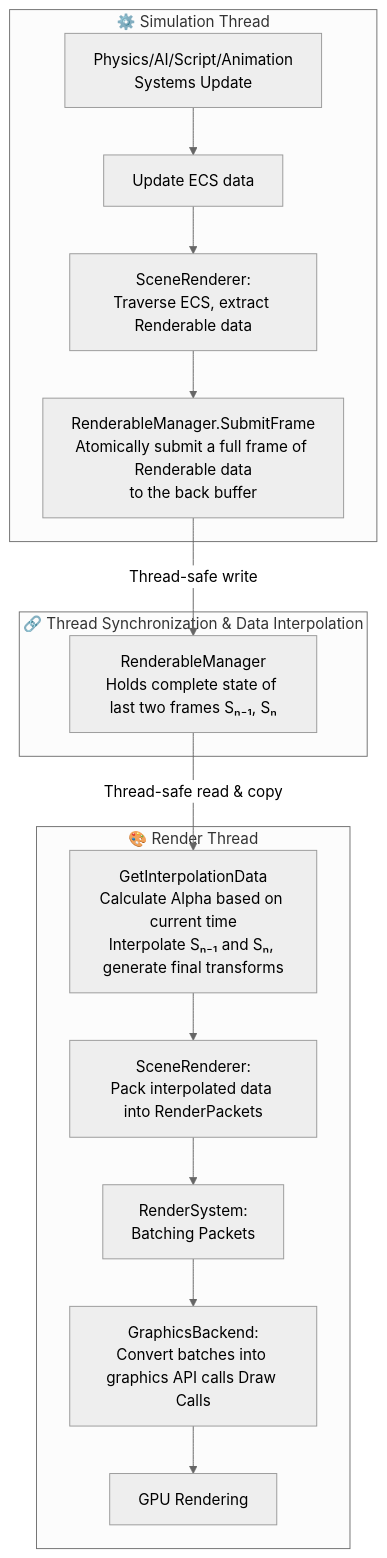
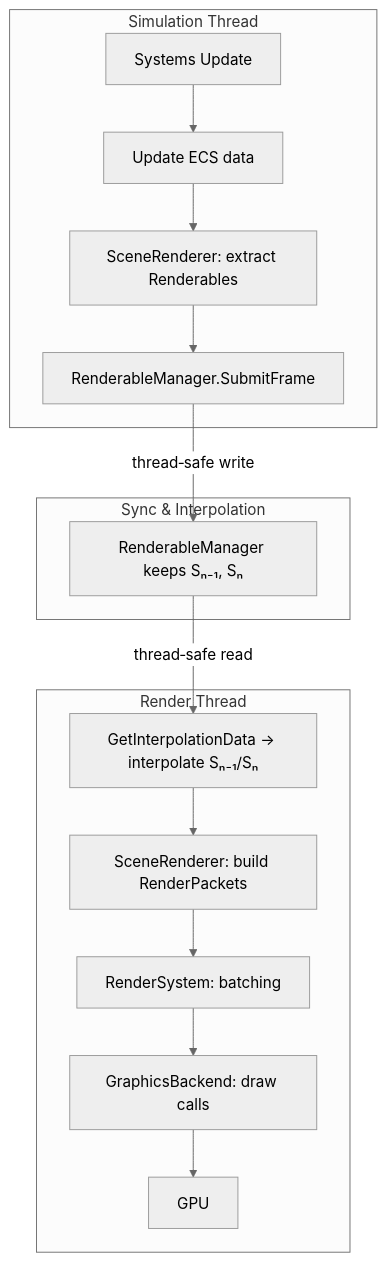
One commit to NGLSG/Luma changed the seventh of 11 diagrams in ARCHITECTURE_EN.md. Above: the diagram before and after it, drawn with Mermaid (neutral theme). The commit also changed other lines of this file and 27 other files, not shown here.

````diff
--- a/ARCHITECTURE_EN.md
+++ b/ARCHITECTURE_EN.md
@@ -191,23 +172,23 @@
 ```mermaid
 graph TD
-subgraph "⚙️ Simulation Thread"
-Sim_A[Physics/AI/Script/Animation<br/>Systems Update] --> Sim_B[Update ECS data];
-Sim_B --> Sim_C["SceneRenderer:<br/>Traverse ECS, extract Renderable data"];
-Sim_C --> Sim_D[RenderableManager.SubmitFrame<br/>Atomically submit a full frame of Renderable data<br/>to the back buffer];
+subgraph "Simulation Thread"
+Sim_A[Systems Update] --> Sim_B[Update ECS data]
+Sim_B --> Sim_C["SceneRenderer: extract Renderables"]
+Sim_C --> Sim_D["RenderableManager.SubmitFrame"]
 end
 
-subgraph "🔗 Thread Synchronization & Data Interpolation"
-SyncPoint[RenderableManager<br/>Holds complete state of last two frames Sₙ₋₁, Sₙ];
+subgraph "Sync & Interpolation"
+SyncPoint[RenderableManager keeps Sₙ₋₁, Sₙ]
 end
 
-subgraph "🎨 Render Thread"
-Render_A["GetInterpolationData<br/>Calculate Alpha based on current time<br/>Interpolate Sₙ₋₁ and Sₙ, generate final transforms"];
-Render_A --> Render_B["SceneRenderer:<br/>Pack interpolated data into RenderPackets"];
-Render_B --> Render_C["RenderSystem:<br/>Batching Packets"];
-Render_C --> Render_D["GraphicsBackend:<br/>Convert batches into graphics API calls Draw Calls"];
-Render_D --> Render_E[GPU Rendering];
+subgraph "Render Thread"
+Render_A["GetInterpolationData -> interpolate Sₙ₋₁/Sₙ"]
+Render_A --> Render_B["SceneRenderer: build RenderPackets"]
+Render_B --> Render_C["RenderSystem: batching"]
+Render_C --> Render_D["GraphicsBackend: draw calls"]
+Render_D --> Render_E[GPU]
 end
 
-Sim_D -- "Thread-safe write" --> SyncPoint;
-SyncPoint -- "Thread-safe read & copy" --> Render_A;
+Sim_D -- "thread‑safe write" --> SyncPoint
+SyncPoint -- "thread‑safe read" --> Render_A
 ```
````
